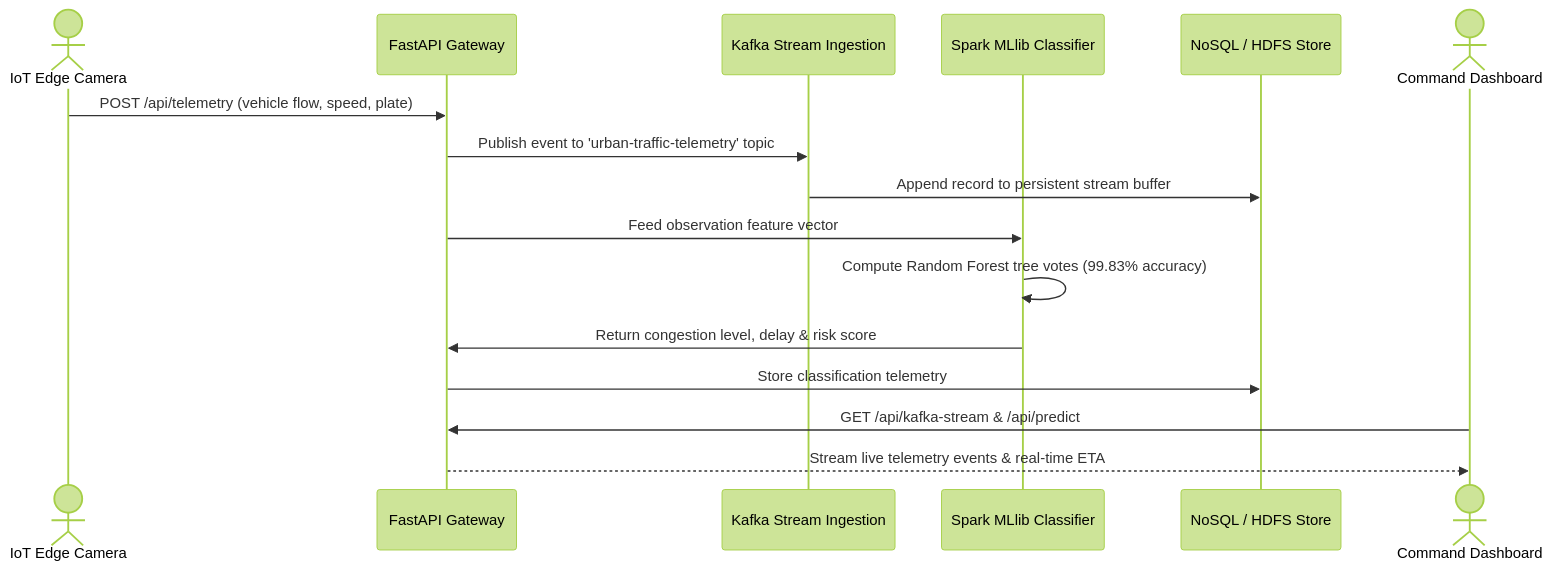
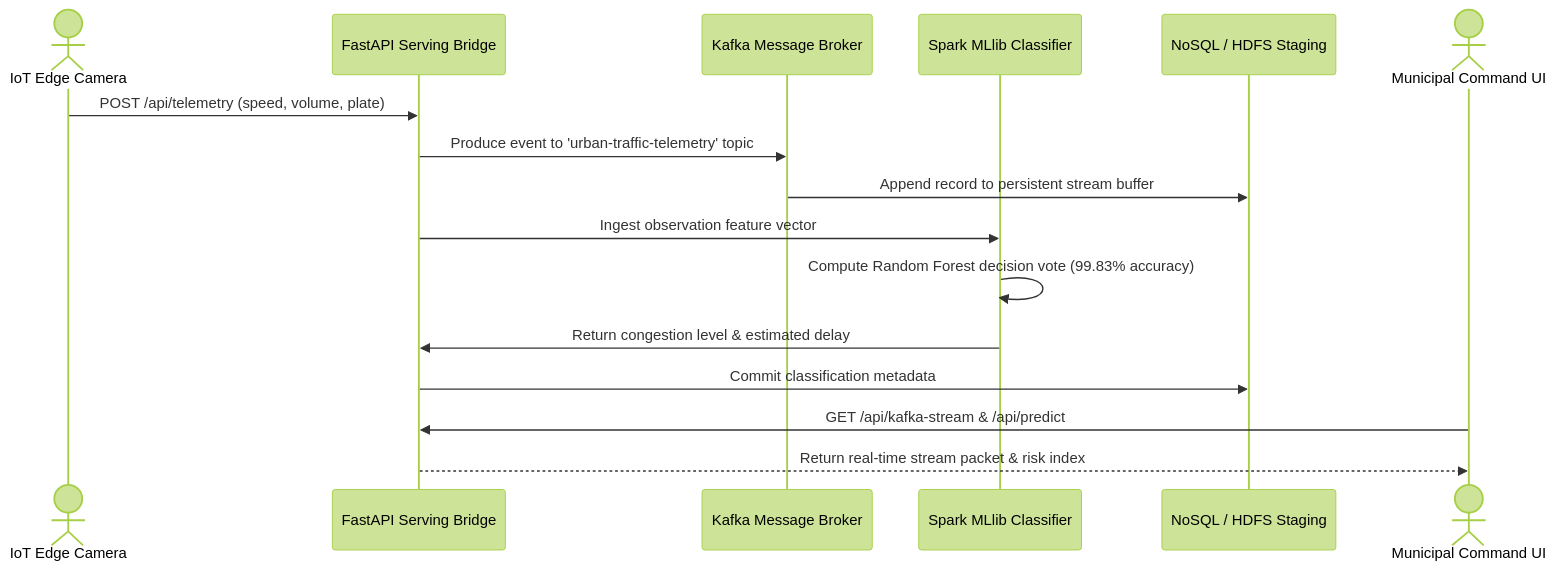
Before and after one commit to yuvanvishnupandi/lambda-mobility: the second of 2 diagrams in README.md, drawn with Mermaid (forest theme). The commit also changed other lines of this file, not shown here.

````diff
--- a/README.md
+++ b/README.md
@@ -347,20 +114,20 @@
 ```mermaid
 sequenceDiagram
 
-actor Sensor as IoT Edge Camera
-participant Gateway as FastAPI Gateway
-participant Kafka as Kafka Stream Ingestion
+actor EdgeSensor as IoT Edge Camera
+participant Gateway as FastAPI Serving Bridge
+participant Kafka as Kafka Message Broker
 participant Spark as Spark MLlib Classifier
-participant Storage as NoSQL / HDFS Store
-actor Officer as Command Dashboard
+participant Storage as NoSQL / HDFS Staging
+actor Dashboard as Municipal Command UI
 
-Sensor->>Gateway: POST /api/telemetry (vehicle flow, speed, plate)
-Gateway->>Kafka: Publish event to 'urban-traffic-telemetry' topic
+EdgeSensor->>Gateway: POST /api/telemetry (speed, volume, plate)
+Gateway->>Kafka: Produce event to 'urban-traffic-telemetry' topic
 Kafka->>Storage: Append record to persistent stream buffer
-Gateway->>Spark: Feed observation feature vector
-Spark->>Spark: Compute Random Forest tree votes (99.83% accuracy)
-Spark->>Gateway: Return congestion level, delay & risk score
-Gateway->>Storage: Store classification telemetry
-Officer->>Gateway: GET /api/kafka-stream & /api/predict
-Gateway-->>Officer: Stream live telemetry events & real-time ETA
+Gateway->>Spark: Ingest observation feature vector
+Spark->>Spark: Compute Random Forest decision vote (99.83% accuracy)
+Spark->>Gateway: Return congestion level & estimated delay
+Gateway->>Storage: Commit classification metadata
+Dashboard->>Gateway: GET /api/kafka-stream & /api/predict
+Gateway-->>Dashboard: Return real-time stream packet & risk index
 ```
````
